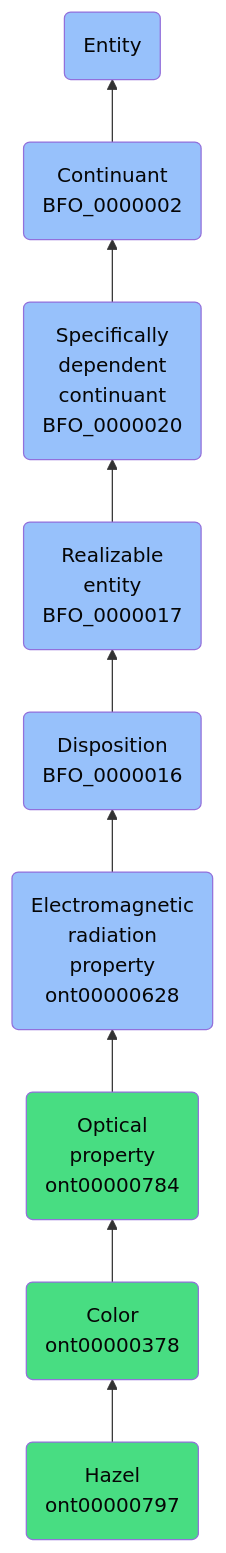
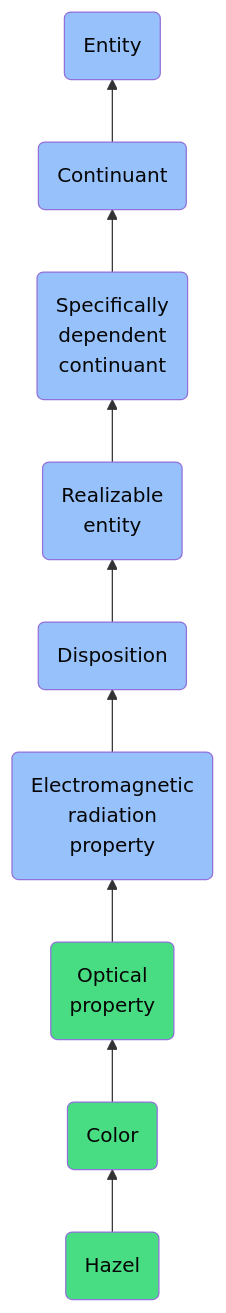
One commit to jupyter-naas/abi changed the diagram in docs/ontology/reference/model/Entity/Continuant/Specifically dependent continuant/Realizable entity/Disposition/Electromagnetic radiation property/Optical property/Color/Hazel/Hazel.md. Above: the diagram before and after it, drawn with Mermaid. The commit also changed other lines of this file and 1430 other files, not shown here.

````diff
--- a/docs/ontology/reference/model/Entity/Continuant/Specifically dependent continuant/Realizable entity/Disposition/Electromagnetic radiation property/Optical property/Color/Hazel/Hazel.md
+++ b/docs/ontology/reference/model/Entity/Continuant/Specifically dependent continuant/Realizable entity/Disposition/Electromagnetic radiation property/Optical property/Color/Hazel/Hazel.md
@@ -24,16 +24,16 @@
 ```mermaid
 graph BT
-    ont00000797(Hazel<br>ont00000797):::ABI-->ont00000378
-    ont00000378(Color<br>ont00000378):::ABI-->ont00000784
-    ont00000784(Optical<br>property<br>ont00000784):::ABI-->ont00000628
-    ont00000628(Electromagnetic<br>radiation<br>property<br>ont00000628):::BFO-->BFO_0000016
-    BFO_0000016(Disposition<br>BFO_0000016):::BFO-->BFO_0000017
-    BFO_0000017(Realizable<br>entity<br>BFO_0000017):::BFO-->BFO_0000020
-    BFO_0000020(Specifically<br>dependent<br>continuant<br>BFO_0000020):::BFO-->BFO_0000002
-    BFO_0000002(Continuant<br>BFO_0000002):::BFO-->BFO_0000001
+    ont00000797(Hazel):::ABI-->ont00000378
+    ont00000378(Color):::ABI-->ont00000784
+    ont00000784(Optical<br>property):::ABI-->ont00000628
+    ont00000628(Electromagnetic<br>radiation<br>property):::BFO-->BFO_0000016
+    BFO_0000016(Disposition):::BFO-->BFO_0000017
+    BFO_0000017(Realizable<br>entity):::BFO-->BFO_0000020
+    BFO_0000020(Specifically<br>dependent<br>continuant):::BFO-->BFO_0000002
+    BFO_0000002(Continuant):::BFO-->BFO_0000001
     BFO_0000001(Entity):::BFO
     
     classDef BFO fill:#97c1fb,color:#060606
     classDef CCO fill:#e4c51e,color:#060606
     classDef ABI fill:#48DD82,color:#060606
 ```
````
